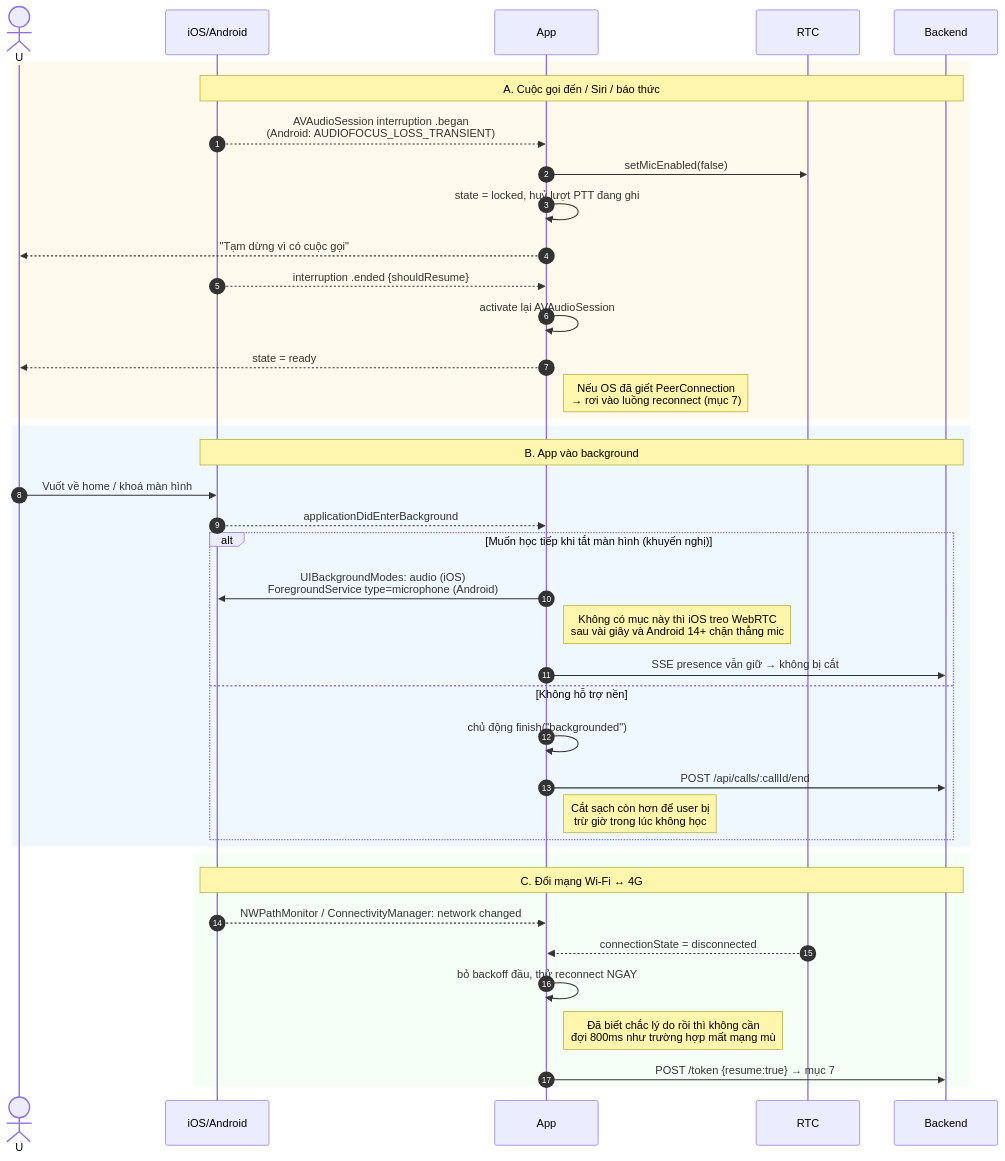
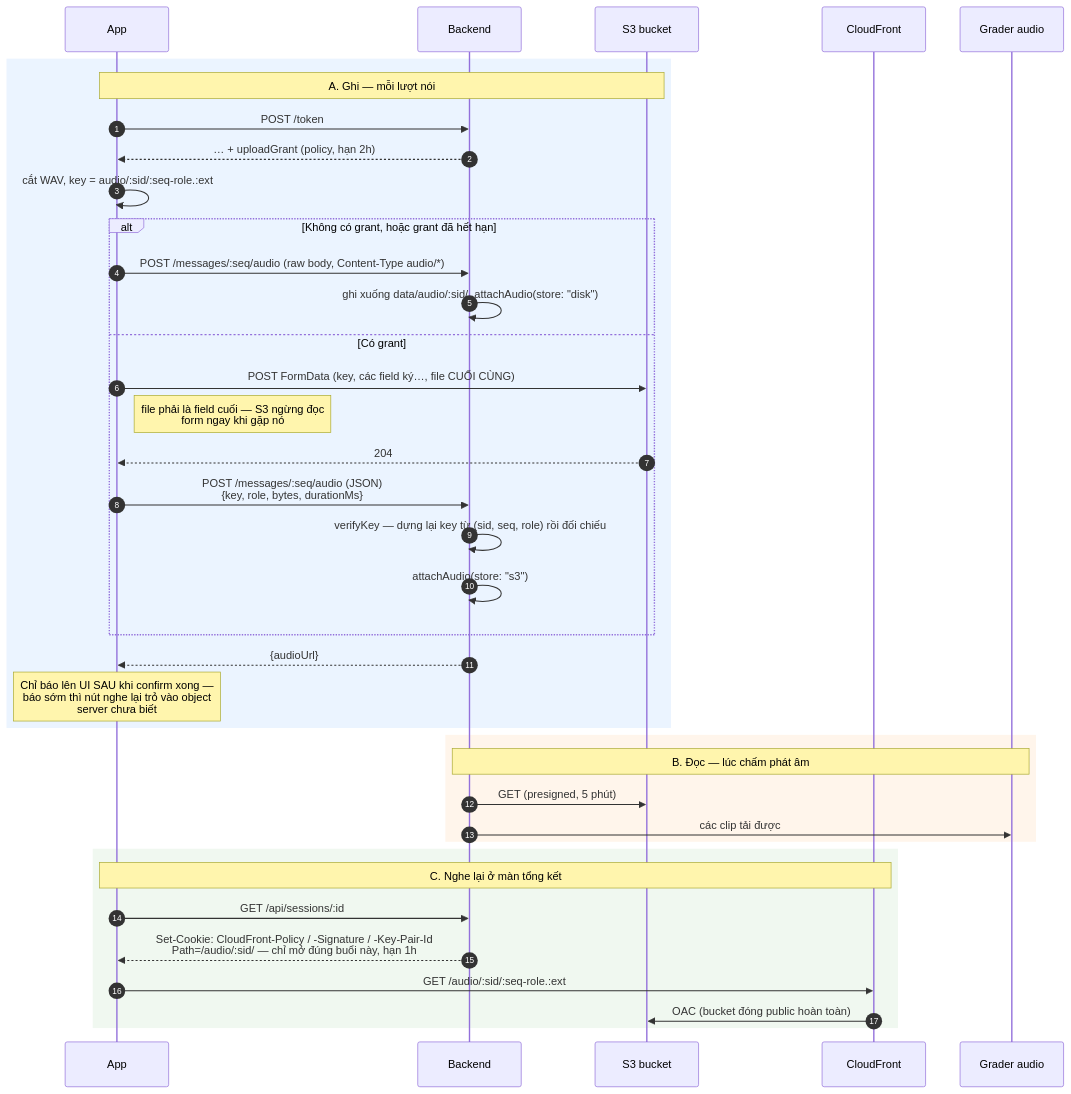
Diagram 15 of 17 in docs/ai-talk-flow.md (buingocthanh239/ai-talk-webrtc), drawn with Mermaid before and after one commit. The commit also changed other lines of this file and 3 other files, not shown here.

````diff
--- a/docs/ai-talk-flow.md
+++ b/docs/ai-talk-flow.md
@@ -517,45 +857,43 @@
 ```mermaid
 sequenceDiagram
     autonumber
-    actor U
-    participant OS as iOS/Android
     participant App
-    participant RTC
     participant BE as Backend
+    participant S3 as S3 bucket
+    participant CDN as CloudFront
+    participant GA as Grader audio
 
-    rect rgb(255, 250, 235)
-        Note over OS,BE: A. Cuộc gọi đến / Siri / báo thức
-        OS-->>App: AVAudioSession interruption .began<br/>(Android: AUDIOFOCUS_LOSS_TRANSIENT)
-        App->>RTC: setMicEnabled(false)
-        App->>App: state = locked, huỷ lượt PTT đang ghi
-        App-->>U: "Tạm dừng vì có cuộc gọi"
-        OS-->>App: interruption .ended {shouldResume}
-        App->>App: activate lại AVAudioSession
-        App-->>U: state = ready
-        Note right of App: Nếu OS đã giết PeerConnection<br/>→ rơi vào luồng reconnect (mục 7)
+    rect rgb(235, 244, 255)
+        Note over App,S3: A. Ghi — mỗi lượt nói
+        App->>BE: POST /token
+        BE-->>App: … + uploadGrant (policy, hạn 2h)
+        App->>App: cắt WAV, key = audio/:sid/:seq-role.:ext
+        alt Không có grant, hoặc grant đã hết hạn
+            App->>BE: POST /messages/:seq/audio (raw body, Content-Type audio/*)
+            BE->>BE: ghi xuống data/audio/:sid/, attachAudio(store: "disk")
+        else Có grant
+            App->>S3: POST FormData (key, các field ký…, file CUỐI CÙNG)
+            Note right of App: file phải là field cuối — S3 ngừng đọc<br/>form ngay khi gặp nó
+            S3-->>App: 204
+            App->>BE: POST /messages/:seq/audio (JSON)<br/>{key, role, bytes, durationMs}
+            BE->>BE: verifyKey — dựng lại key từ (sid, seq, role) rồi đối chiếu
+            BE->>BE: attachAudio(store: "s3")
+        end
+        BE-->>App: {audioUrl}
+        Note over App: Chỉ báo lên UI SAU khi confirm xong —<br/>báo sớm thì nút nghe lại trỏ vào object<br/>server chưa biết
     end
 
-    rect rgb(240, 248, 255)
-        Note over OS,BE: B. App vào background
-        U->>OS: Vuốt về home / khoá màn hình
-        OS-->>App: applicationDidEnterBackground
-        alt Muốn học tiếp khi tắt màn hình (khuyến nghị)
-            App->>OS: UIBackgroundModes: audio (iOS)<br/>ForegroundService type=microphone (Android)
-            Note right of App: Không có mục này thì iOS treo WebRTC<br/>sau vài giây và Android 14+ chặn thẳng mic
-            App->>BE: SSE presence vẫn giữ → không bị cắt
-        else Không hỗ trợ nền
-            App->>App: chủ động finish("backgrounded")
-            App->>BE: POST /api/calls/:callId/end
-            Note right of App: Cắt sạch còn hơn để user bị<br/>trừ giờ trong lúc không học
-        end
+    rect rgb(255, 245, 235)
+        Note over BE,GA: B. Đọc — lúc chấm phát âm
+        BE->>S3: GET (presigned, 5 phút)
+        BE->>GA: các clip tải được
     end
 
-    rect rgb(245, 255, 245)
-        Note over OS,BE: C. Đổi mạng Wi-Fi ↔ 4G
-        OS-->>App: NWPathMonitor / ConnectivityManager: network changed
-        RTC-->>App: connectionState = disconnected
-        App->>App: bỏ backoff đầu, thử reconnect NGAY
-        Note right of App: Đã biết chắc lý do rồi thì không cần<br/>đợi 800ms như trường hợp mất mạng mù
-        App->>BE: POST /token {resume:true} → mục 7
+    rect rgb(240, 248, 240)
+        Note over App,CDN: C. Nghe lại ở màn tổng kết
+        App->>BE: GET /api/sessions/:id
+        BE-->>App: Set-Cookie: CloudFront-Policy / -Signature / -Key-Pair-Id<br/>Path=/audio/:sid/ — chỉ mở đúng buổi này, hạn 1h
+        App->>CDN: GET /audio/:sid/:seq-role.:ext
+        CDN->>S3: OAC (bucket đóng public hoàn toàn)
     end
 ```
````
